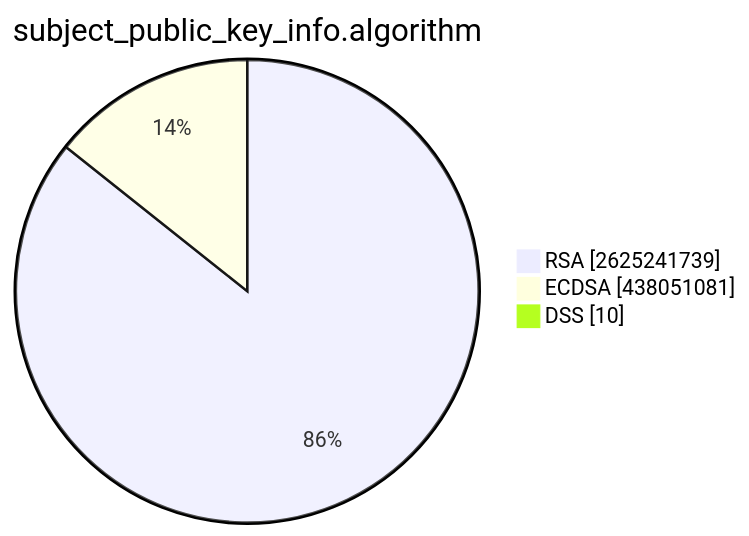
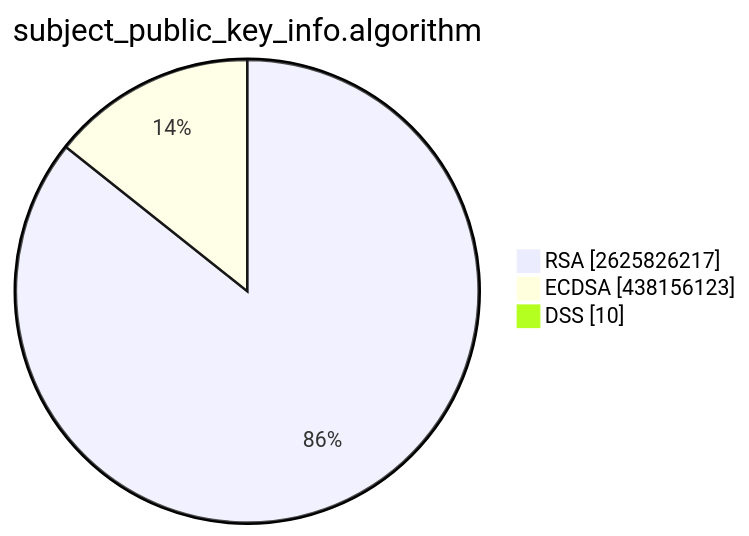
Before and after one commit to christiankrug/ctmonitor_visualization: the second of 15 diagrams in TOTAL/README.md, drawn with Mermaid. The commit also changed other lines of this file, not shown here.

````diff
--- a/TOTAL/README.md
+++ b/TOTAL/README.md
@@ -6,7 +6,7 @@
 ```mermaid
 pie showData
 title subject_public_key_info.algorithm
-"RSA" :2625241739
-"ECDSA" :438051081
+"RSA" :2625826217
+"ECDSA" :438156123
 "DSS" :10
 ```
````
